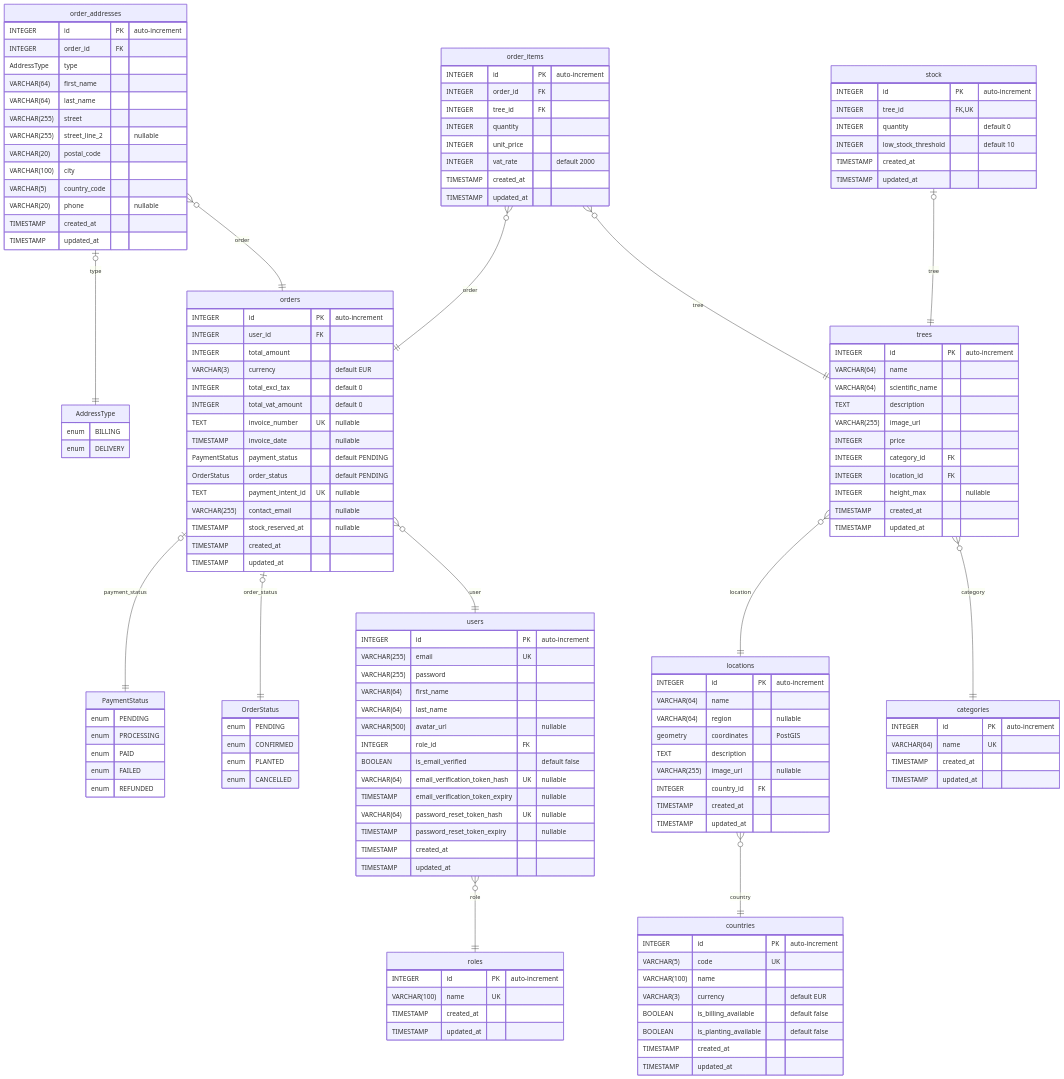
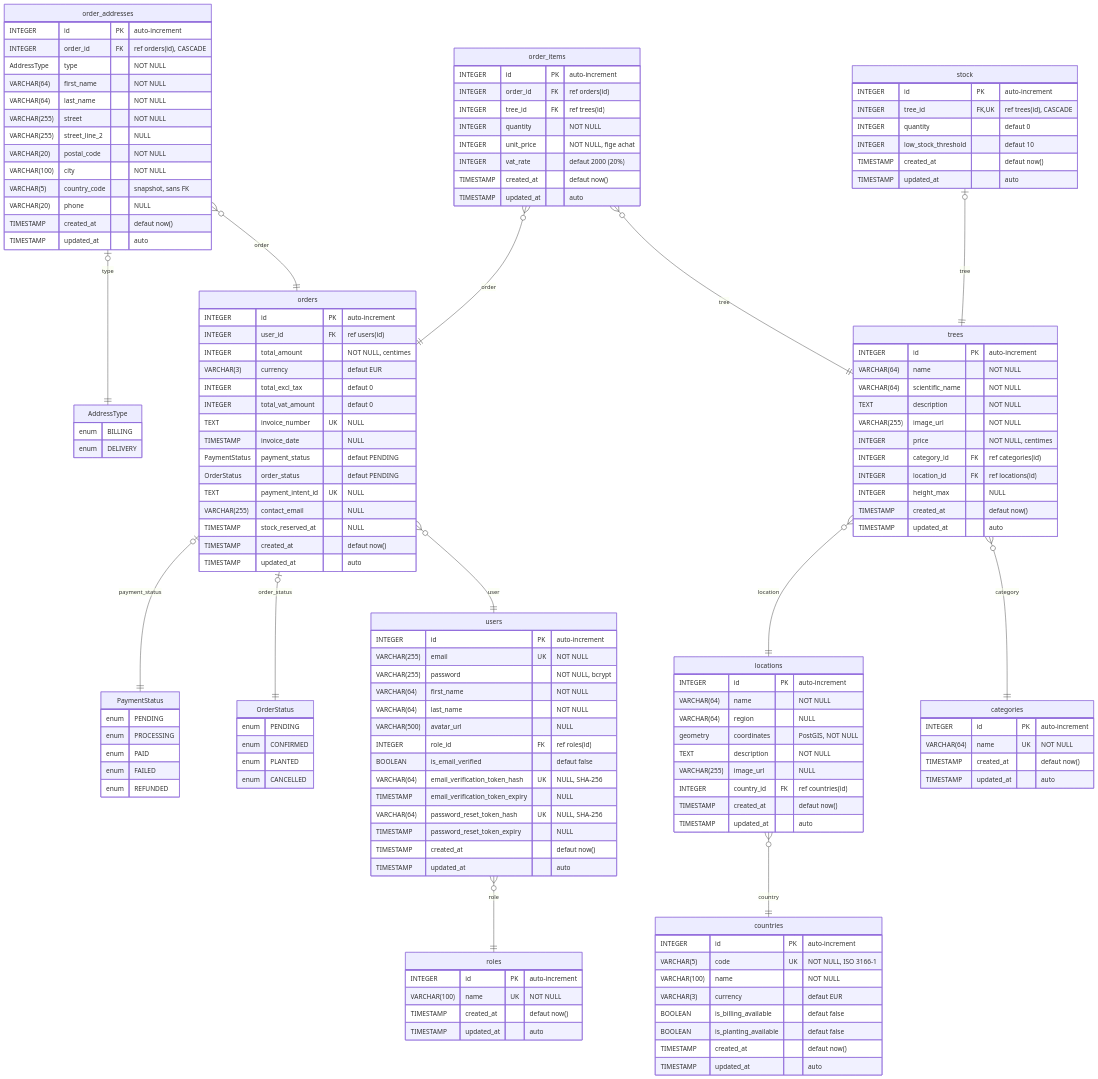
The diagram in diagrammes/mpd-erd.md (tonympt/dossier-projet-cda), drawn with Mermaid before and after one commit. The commit also changed other lines of this file and 4 other files, not shown here.

First line of the commit message:
docs(modelisation): MPD complet (dictionnaire + DBML/ERD) & maj brouillon 5.4

```diff
--- a/diagrammes/mpd-erd.md
+++ b/diagrammes/mpd-erd.md
@@ -34,124 +35,124 @@
 
     roles {
         INTEGER id PK "auto-increment"
-        VARCHAR(100) name UK
-        TIMESTAMP created_at
-        TIMESTAMP updated_at
+        VARCHAR(100) name UK "NOT NULL"
+        TIMESTAMP created_at "defaut now()"
+        TIMESTAMP updated_at "auto"
     }
 
     users {
         INTEGER id PK "auto-increment"
-        VARCHAR(255) email UK
-        VARCHAR(255) password
-        VARCHAR(64) first_name
-        VARCHAR(64) last_name
-        VARCHAR(500) avatar_url "nullable"
-        INTEGER role_id FK
-        BOOLEAN is_email_verified "default false"
-        VARCHAR(64) email_verification_token_hash UK "nullable"
-        TIMESTAMP email_verification_token_expiry "nullable"
-        VARCHAR(64) password_reset_token_hash UK "nullable"
-        TIMESTAMP password_reset_token_expiry "nullable"
-        TIMESTAMP created_at
-        TIMESTAMP updated_at
+        VARCHAR(255) email UK "NOT NULL"
+        VARCHAR(255) password "NOT NULL, bcrypt"
+        VARCHAR(64) first_name "NOT NULL"
+        VARCHAR(64) last_name "NOT NULL"
+        VARCHAR(500) avatar_url "NULL"
+        INTEGER role_id FK "ref roles(id)"
+        BOOLEAN is_email_verified "defaut false"
+        VARCHAR(64) email_verification_token_hash UK "NULL, SHA-256"
+        TIMESTAMP email_verification_token_expiry "NULL"
+        VARCHAR(64) password_reset_token_hash UK "NULL, SHA-256"
+        TIMESTAMP password_reset_token_expiry "NULL"
+        TIMESTAMP created_at "defaut now()"
+        TIMESTAMP updated_at "auto"
+    }
+
+    countries {
+        INTEGER id PK "auto-increment"
+        VARCHAR(5) code UK "NOT NULL, ISO 3166-1"
+        VARCHAR(100) name "NOT NULL"
+        VARCHAR(3) currency "defaut EUR"
+        BOOLEAN is_billing_available "defaut false"
+        BOOLEAN is_planting_available "defaut false"
+        TIMESTAMP created_at "defaut now()"
+        TIMESTAMP updated_at "auto"
     }
 
     locations {
         INTEGER id PK "auto-increment"
-        VARCHAR(64) name
-        VARCHAR(64) region "nullable"
-        geometry coordinates "PostGIS"
-        TEXT description
-        VARCHAR(255) image_url "nullable"
-        INTEGER country_id FK
-        TIMESTAMP created_at
-        TIMESTAMP updated_at
+        VARCHAR(64) name "NOT NULL"
+        VARCHAR(64) region "NULL"
+        geometry coordinates "PostGIS, NOT NULL"
+        TEXT description "NOT NULL"
+        VARCHAR(255) image_url "NULL"
+        INTEGER country_id FK "ref countries(id)"
+        TIMESTAMP created_at "defaut now()"
+        TIMESTAMP updated_at "auto"
     }
 
     categories {
         INTEGER id PK "auto-increment"
-        VARCHAR(64) name UK
-        TIMESTAMP created_at
-        TIMESTAMP updated_at
+        VARCHAR(64) name UK "NOT NULL"
+        TIMESTAMP created_at "defaut now()"
+        TIMESTAMP updated_at "auto"
     }
 
     trees {
         INTEGER id PK "auto-increment"
-        VARCHAR(64) name
-        VARCHAR(64) scientific_name
-        TEXT description
-        VARCHAR(255) image_url
-        INTEGER price
-        INTEGER category_id FK
-        INTEGER location_id FK
-        INTEGER height_max "nullable"
-        TIMESTAMP created_at
-        TIMESTAMP updated_at
+        VARCHAR(64) name "NOT NULL"
+        VARCHAR(64) scientific_name "NOT NULL"
+        TEXT description "NOT NULL"
+        VARCHAR(255) image_url "NOT NULL"
+        INTEGER price "NOT NULL, centimes"
+        INTEGER category_id FK "ref categories(id)"
+        INTEGER location_id FK "ref locations(id)"
+        INTEGER height_max "NULL"
+        TIMESTAMP created_at "defaut now()"
+        TIMESTAMP updated_at "auto"
     }
 
     stock {
         INTEGER id PK "auto-increment"
-        INTEGER tree_id FK,UK
-        INTEGER quantity "default 0"
-        INTEGER low_stock_threshold "default 10"
-        TIMESTAMP created_at
-        TIMESTAMP updated_at
+        INTEGER tree_id FK,UK "ref trees(id), CASCADE"
+        INTEGER quantity "defaut 0"
+        INTEGER low_stock_threshold "defaut 10"
+        TIMESTAMP created_at "defaut now()"
+        TIMESTAMP updated_at "auto"
     }
 
     orders {
         INTEGER id PK "auto-increment"
-        INTEGER user_id FK
-        INTEGER total_amount
-        VARCHAR(3) currency "default EUR"
-        INTEGER total_excl_tax "default 0"
-        INTEGER total_vat_amount "default 0"
-        TEXT invoice_number UK "nullable"
-        TIMESTAMP invoice_date "nullable"
-        PaymentStatus payment_status "default PENDING"
-        OrderStatus order_status "default PENDING"
-        TEXT payment_intent_id UK "nullable"
-        VARCHAR(255) contact_email "nullable"
-        TIMESTAMP stock_reserved_at "nullable"
-        TIMESTAMP created_at
-        TIMESTAMP updated_at
+        INTEGER user_id FK "ref users(id)"
+        INTEGER total_amount "NOT NULL, centimes"
+        VARCHAR(3) currency "defaut EUR"
+        INTEGER total_excl_tax "defaut 0"
+        INTEGER total_vat_amount "defaut 0"
+        TEXT invoice_number UK "NULL"
+        TIMESTAMP invoice_date "NULL"
+        PaymentStatus payment_status "defaut PENDING"
+        OrderStatus order_status "defaut PENDING"
+        TEXT payment_intent_id UK "NULL"
+        VARCHAR(255) contact_email "NULL"
+        TIMESTAMP stock_reserved_at "NULL"
+        TIMESTAMP created_at "defaut now()"
+        TIMESTAMP updated_at "auto"
     }
 
     order_items {
         INTEGER id PK "auto-increment"
-        INTEGER order_id FK
-        INTEGER tree_id FK
-        INTEGER quantity
-        INTEGER unit_price
-        INTEGER vat_rate "default 2000"
-        TIMESTAMP created_at
-        TIMESTAMP updated_at
-    }
-
-    countries {
-        INTEGER id PK "auto-increment"
-        VARCHAR(5) code UK
-        VARCHAR(100) name
-        VARCHAR(3) currency "default EUR"
-        BOOLEAN is_billing_available "default false"
-        BOOLEAN is_planting_available "default false"
-        TIMESTAMP created_at
-        TIMESTAMP updated_at
+        INTEGER order_id FK "ref orders(id)"
+        INTEGER tree_id FK "ref trees(id)"
+        INTEGER quantity "NOT NULL"
+        INTEGER unit_price "NOT NULL, fige achat"
+        INTEGER vat_rate "defaut 2000 (20%)"
+        TIMESTAMP created_at "defaut now()"
+        TIMESTAMP updated_at "auto"
     }
 
     order_addresses {
         INTEGER id PK "auto-increment"
-        INTEGER order_id FK
-        AddressType type
-        VARCHAR(64) first_name
-        VARCHAR(64) last_name
-        VARCHAR(255) street
-        VARCHAR(255) street_line_2 "nullable"
-        VARCHAR(20) postal_code
-        VARCHAR(100) city
-        VARCHAR(5) country_code
-        VARCHAR(20) phone "nullable"
-        TIMESTAMP created_at
-        TIMESTAMP updated_at
+        INTEGER order_id FK "ref orders(id), CASCADE"
+        AddressType type "NOT NULL"
+        VARCHAR(64) first_name "NOT NULL"
+        VARCHAR(64) last_name "NOT NULL"
+        VARCHAR(255) street "NOT NULL"
+        VARCHAR(255) street_line_2 "NULL"
+        VARCHAR(20) postal_code "NOT NULL"
+        VARCHAR(100) city "NOT NULL"
+        VARCHAR(5) country_code "snapshot, sans FK"
+        VARCHAR(20) phone "NULL"
+        TIMESTAMP created_at "defaut now()"
+        TIMESTAMP updated_at "auto"
     }
 
     users }o--|| roles : "role"
```
